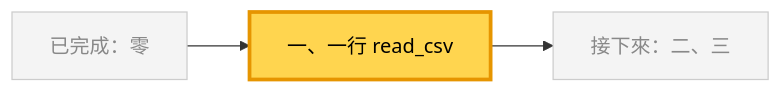
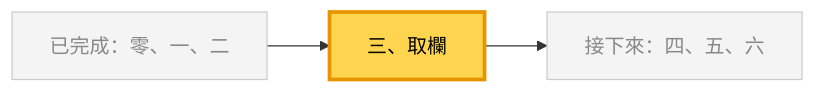
Before and after one commit to 4-learn/data-analysis-and-process-demo: the eighth of 15 diagrams in docs/2.md, drawn with Mermaid. The commit also changed other lines of this file and 189 other files, not shown here.

````diff
--- a/docs/2.md
+++ b/docs/2.md
@@ -120,7 +232,7 @@
 ```mermaid
 flowchart LR
-    P["已完成：零"] --> C["一、一行 read_csv"] --> N["接下來：二、三"]
+    P["已完成：零、一、二"] --> C["三、取欄"] --> N["接下來：四、五、六"]
     classDef other fill:#f4f4f4,stroke:#cccccc,color:#888888
     class P,N other
     style C fill:#ffd54f,stroke:#e69500,stroke-width:3px,color:#000
 ```
````
